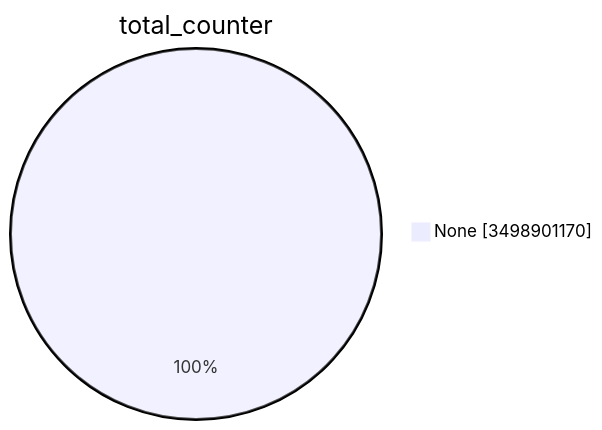
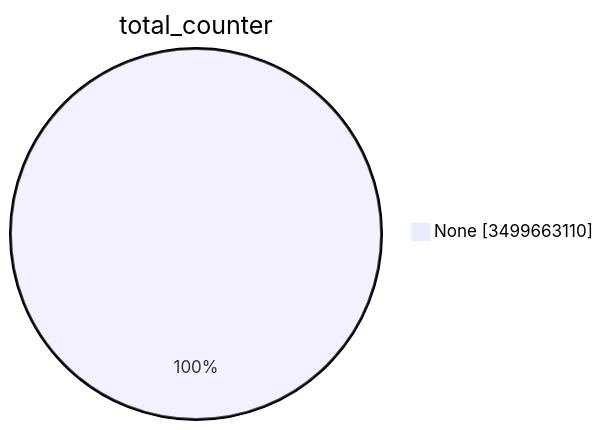
One commit to christiankrug/ctmonitor_visualization changed the first of 15 diagrams in TOTAL/README.md. Above: the diagram before and after it, drawn with Mermaid. The commit also changed other lines of this file, not shown here.

````diff
--- a/TOTAL/README.md
+++ b/TOTAL/README.md
@@ -1,5 +1,5 @@
 ```mermaid
 pie showData
 title total_counter
-"None" :3498901170
+"None" :3499663110
 ```
````
